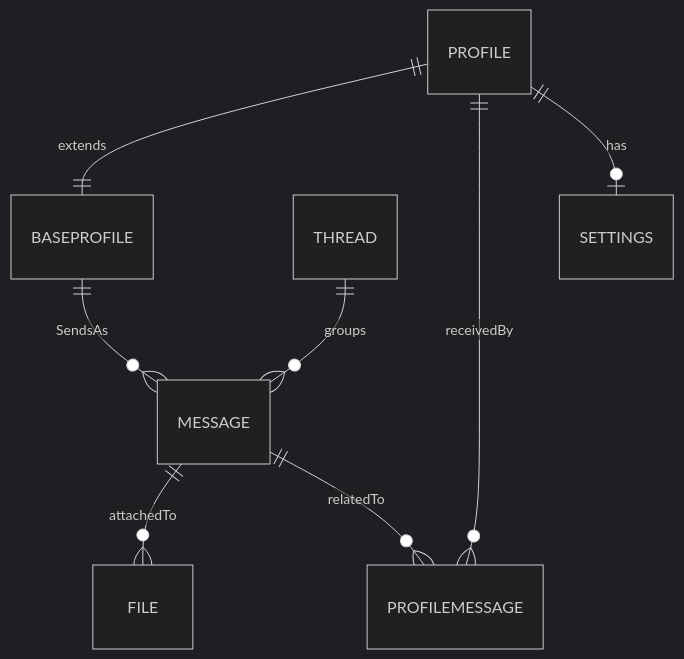
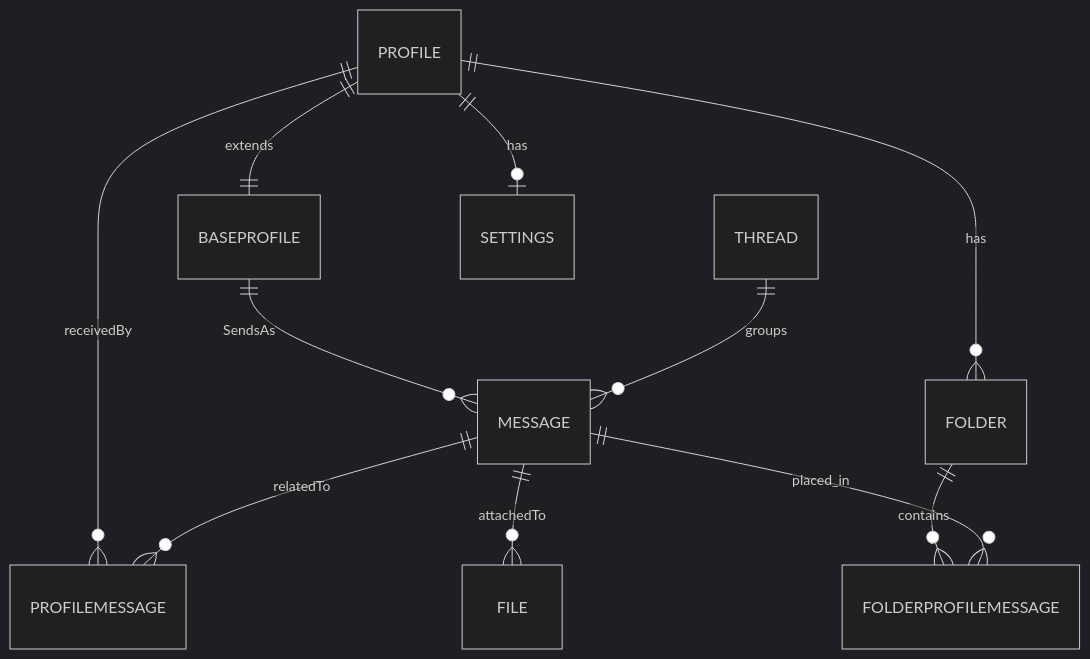
The first of 2 diagrams in db/normalized/RELATIONS.md (go-park-mail-ru/2025_2_A4Code), drawn with Mermaid (dark theme) before and after one commit. The commit also changed other lines of this file and 2 other files, not shown here.

````diff
--- a/db/normalized/RELATIONS.md
+++ b/db/normalized/RELATIONS.md
@@ -71,18 +84,23 @@
 ```mermaid
 erDiagram
     BASEPROFILE { }
     PROFILE { }
     MESSAGE { }
     THREAD { }
+    FOLDER { }
     FILE { }
+    FOLDERPROFILEMESSAGE { }
     PROFILEMESSAGE { }
     SETTINGS { }
 
     PROFILE ||--o| SETTINGS : "has"
     MESSAGE ||--o{ PROFILEMESSAGE : "relatedTo"
     PROFILE ||--o{ PROFILEMESSAGE : "receivedBy"
+    PROFILE ||--o{ FOLDER : "has"
+    MESSAGE ||--o{ FOLDERPROFILEMESSAGE : "placed_in"
+    FOLDER ||--o{ FOLDERPROFILEMESSAGE : "contains"
     MESSAGE ||--o{ FILE : "attachedTo"
     THREAD ||--o{ MESSAGE : "groups"
     PROFILE ||--|| BASEPROFILE : "extends"
     BASEPROFILE ||--o{ MESSAGE : "SendsAs"
 ```
````
